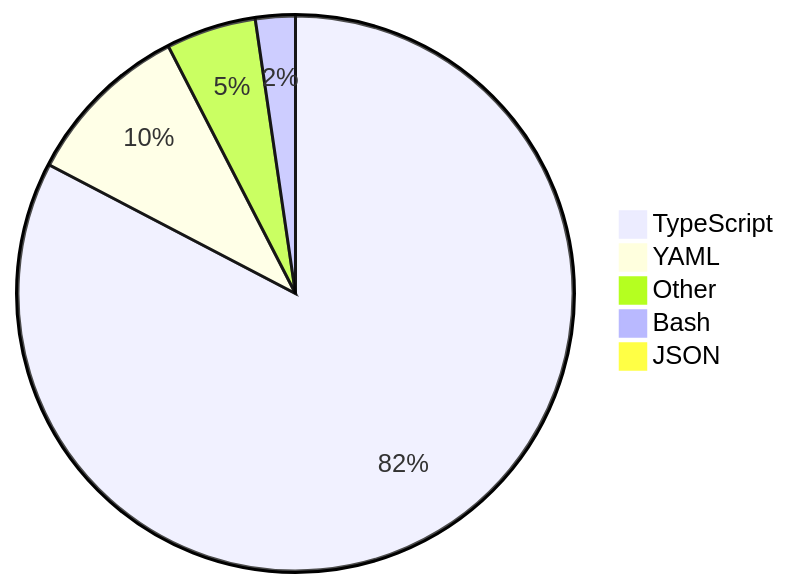
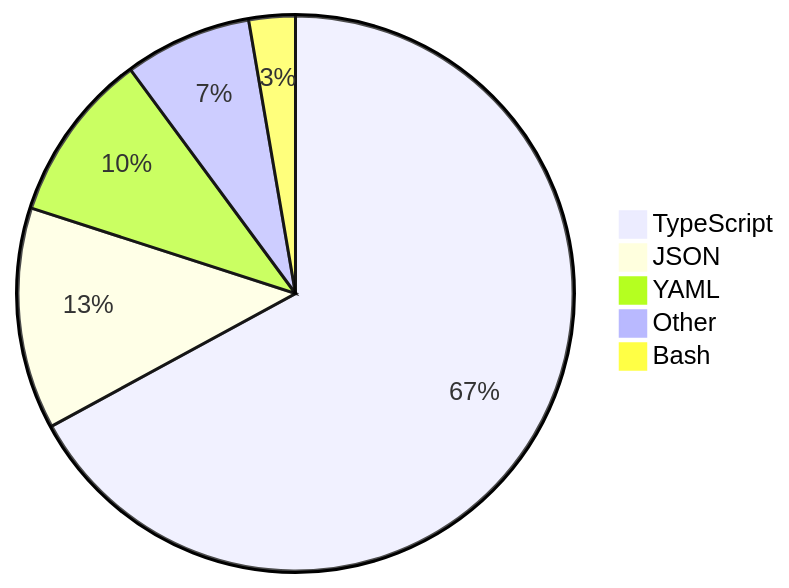
The diagram in README.md (skvggor/skvggor), drawn with Mermaid before and after one commit.

Commit message:
Updated waka-readme graph with new metrics

````diff
--- a/README.md
+++ b/README.md
@@ -14,8 +14,8 @@
 ```mermaid
 pie
-    "TypeScript" : 82.0
-    "YAML" : 9.7
-    "Other" : 5.2
-    "Bash" : 2.3
-    "JSON" : 0.7
+    "TypeScript" : 67.0
+    "JSON" : 12.9
+    "YAML" : 9.9
+    "Other" : 7.4
+    "Bash" : 2.7
 ```
````
